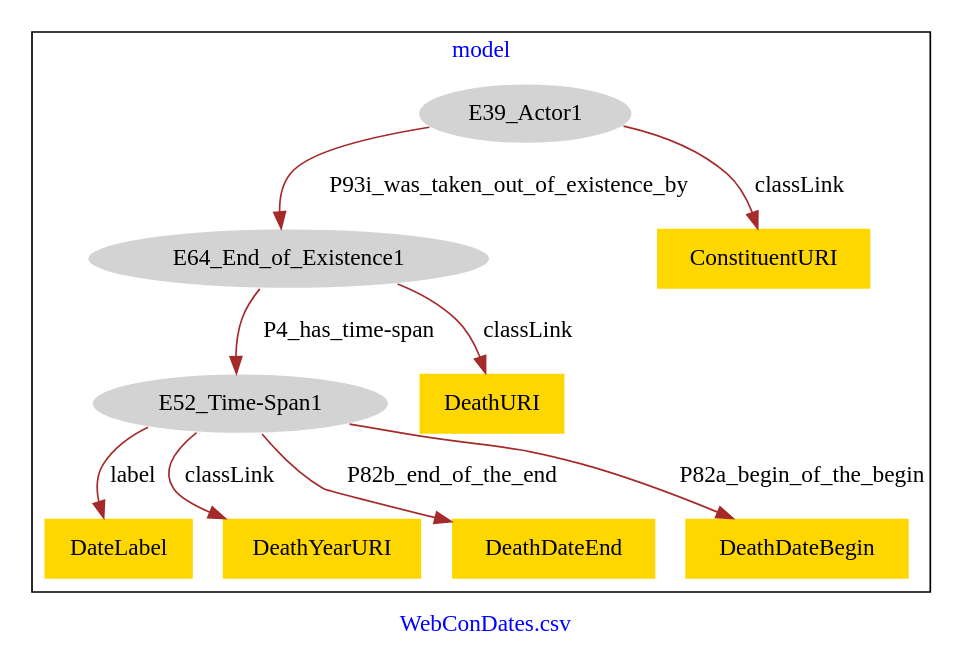
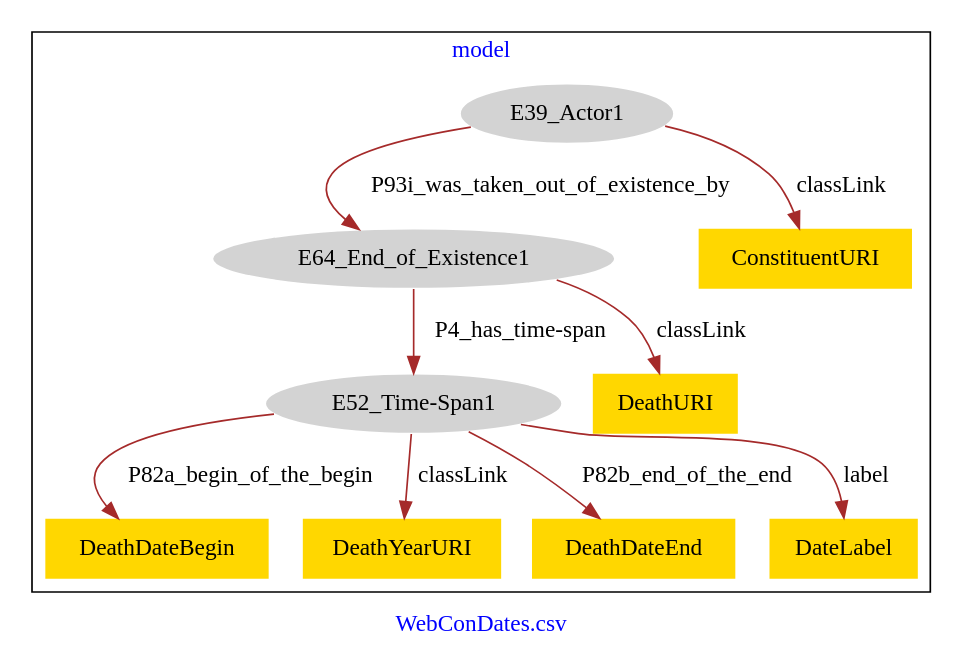
Before and after one commit to american-art/SAAM: the diagram in WebConDatesDeath/WebConDatesDeath-model.dot, drawn with Graphviz.

Commit message:
Update file WebConDatesDeath-model.dot

```diff
--- a/WebConDatesDeath/WebConDatesDeath-model.dot
+++ b/WebConDatesDeath/WebConDatesDeath-model.dot
@@ -1,25 +1,25 @@
 digraph n0 {
 fontcolor="blue"
 remincross="true"
 label="WebConDates.csv"
 subgraph cluster {
 label="model"
 n2[style="filled",color="white",fillcolor="lightgray",label="E39_Actor1"];
 n3[style="filled",color="white",fillcolor="lightgray",label="E64_End_of_Existence1"];
 n4[style="filled",color="white",fillcolor="lightgray",label="E52_Time-Span1"];
-n5[shape="plaintext",style="filled",fillcolor="gold",label="DateLabel"];
-n6[shape="plaintext",style="filled",fillcolor="gold",label="DeathURI"];
-n7[shape="plaintext",style="filled",fillcolor="gold",label="DeathYearURI"];
-n8[shape="plaintext",style="filled",fillcolor="gold",label="ConstituentURI"];
+n5[shape="plaintext",style="filled",fillcolor="gold",label="DeathDateBegin"];
+n6[shape="plaintext",style="filled",fillcolor="gold",label="DeathYearURI"];
+n7[shape="plaintext",style="filled",fillcolor="gold",label="ConstituentURI"];
+n8[shape="plaintext",style="filled",fillcolor="gold",label="DeathURI"];
 n9[shape="plaintext",style="filled",fillcolor="gold",label="DeathDateEnd"];
-n10[shape="plaintext",style="filled",fillcolor="gold",label="DeathDateBegin"];
+n10[shape="plaintext",style="filled",fillcolor="gold",label="DateLabel"];
 }
 n2 -> n3[color="brown",fontcolor="black",label="P93i_was_taken_out_of_existence_by"]
 n3 -> n4[color="brown",fontcolor="black",label="P4_has_time-span"]
-n4 -> n5[color="brown",fontcolor="black",label="label"]
-n3 -> n6[color="brown",fontcolor="black",label="classLink"]
-n4 -> n7[color="brown",fontcolor="black",label="classLink"]
-n2 -> n8[color="brown",fontcolor="black",label="classLink"]
+n4 -> n5[color="brown",fontcolor="black",label="P82a_begin_of_the_begin"]
+n4 -> n6[color="brown",fontcolor="black",label="classLink"]
+n2 -> n7[color="brown",fontcolor="black",label="classLink"]
+n3 -> n8[color="brown",fontcolor="black",label="classLink"]
 n4 -> n9[color="brown",fontcolor="black",label="P82b_end_of_the_end"]
-n4 -> n10[color="brown",fontcolor="black",label="P82a_begin_of_the_begin"]
+n4 -> n10[color="brown",fontcolor="black",label="label"]
 }
```
